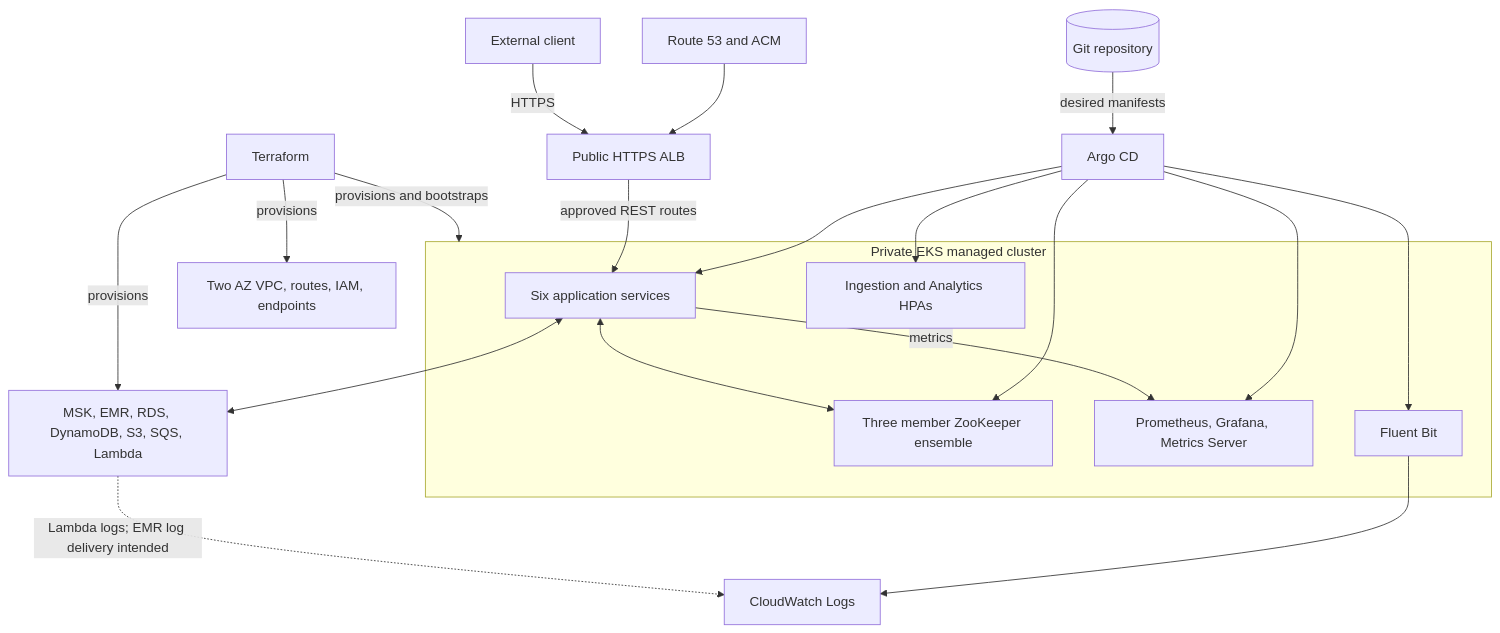
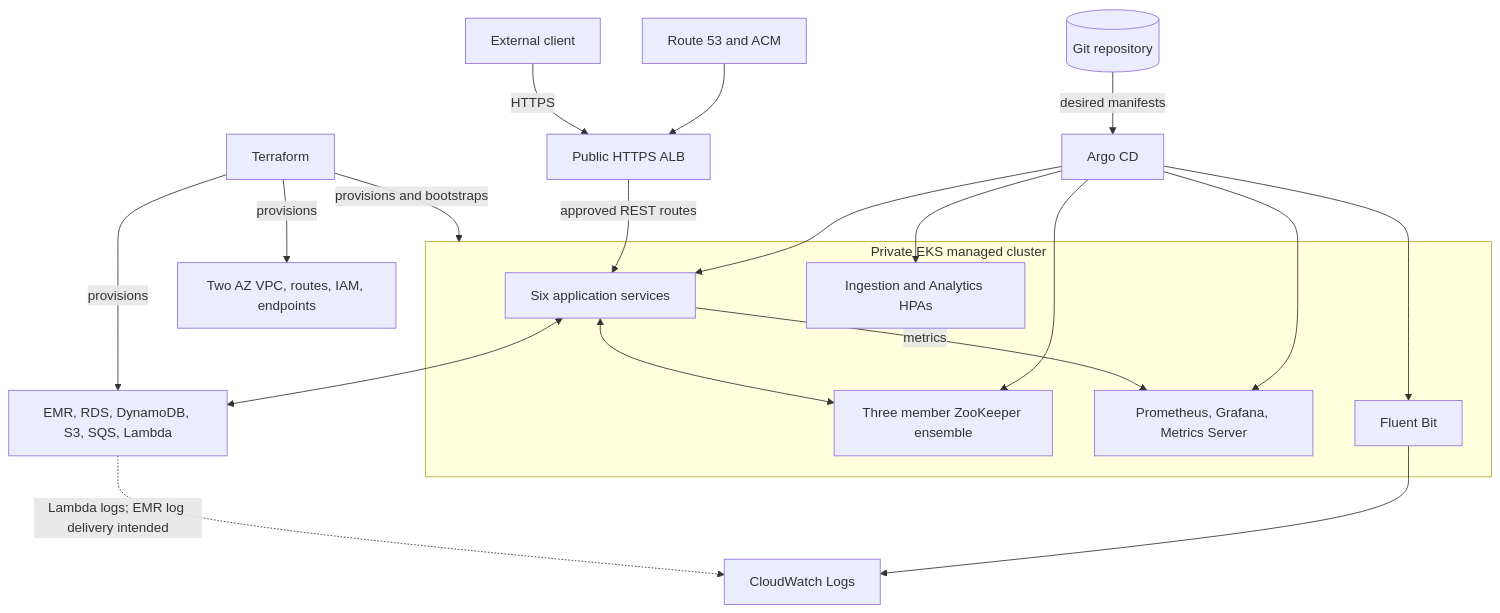
The second of 3 diagrams in docs/DESIGN_DOCUMENT.md (harshwankhade/Smart-Traffic-Management), drawn with Mermaid before and after one commit. The commit also changed other lines of this file and 41 other files, not shown here.

````diff
--- a/docs/DESIGN_DOCUMENT.md
+++ b/docs/DESIGN_DOCUMENT.md
@@ -45,27 +45,27 @@
 ```mermaid
 flowchart TB
     Git[(Git repository)] -->|desired manifests| Argo[Argo CD]
     Terraform[Terraform] -->|provisions| VPC[Two AZ VPC, routes, IAM, endpoints]
     Terraform -->|provisions and bootstraps| EKSCluster
-    Terraform -->|provisions| Managed[MSK, EMR, RDS, DynamoDB, S3, SQS, Lambda]
+    Terraform -->|provisions| Managed[EMR, RDS, DynamoDB, S3, SQS, Lambda]
     DNS[Route 53 and ACM] --> ALB[Public HTTPS ALB]
     Users[External client] -->|HTTPS| ALB
     subgraph EKSCluster [Private EKS managed cluster]
         Apps[Six application services]
         ZK[Three member ZooKeeper ensemble]
         Metrics[Prometheus, Grafana, Metrics Server]
         Logs[Fluent Bit]
         HPA[Ingestion and Analytics HPAs]
     end
     Argo --> Apps
     Argo --> ZK
     Argo --> Metrics
     Argo --> Logs
     Argo --> HPA
     ALB -->|approved REST routes| Apps
     Apps <--> Managed
     Apps <--> ZK
     Apps -->|metrics| Metrics
     Logs --> CW[CloudWatch Logs]
     Managed -.->|Lambda logs; EMR log delivery intended| CW
 ```
````
